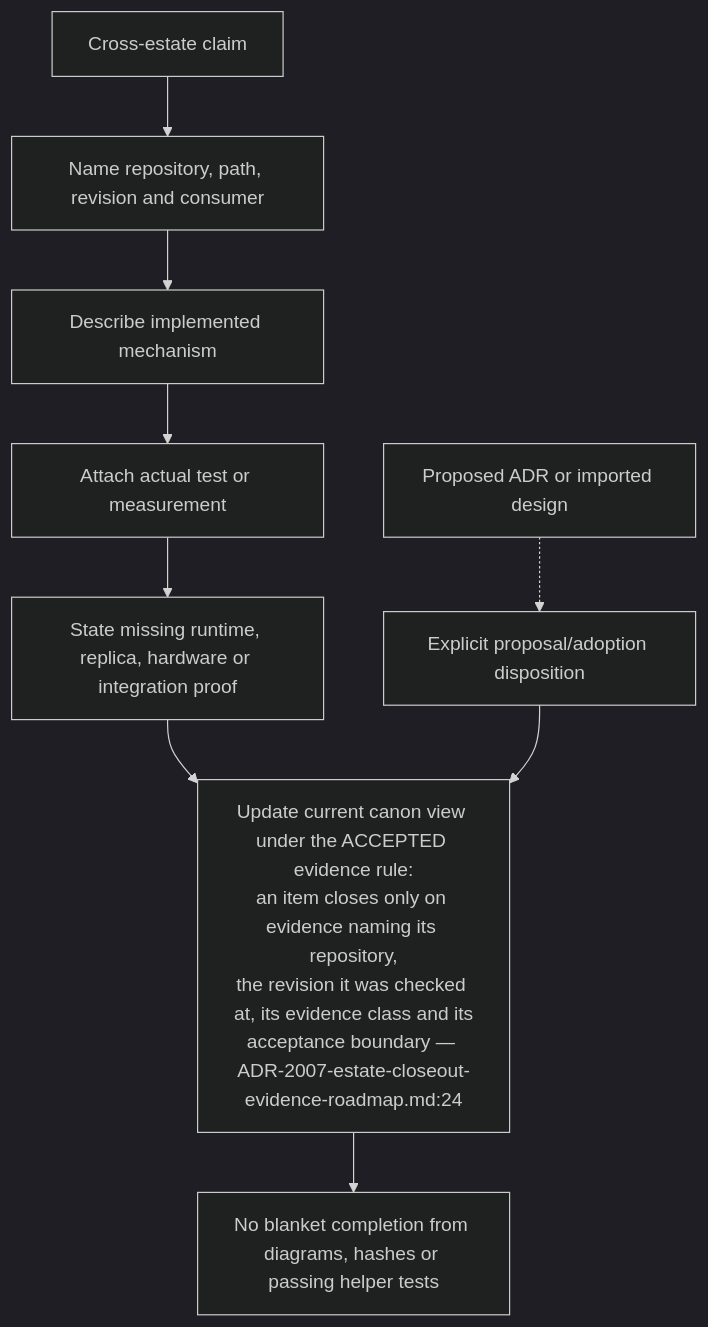
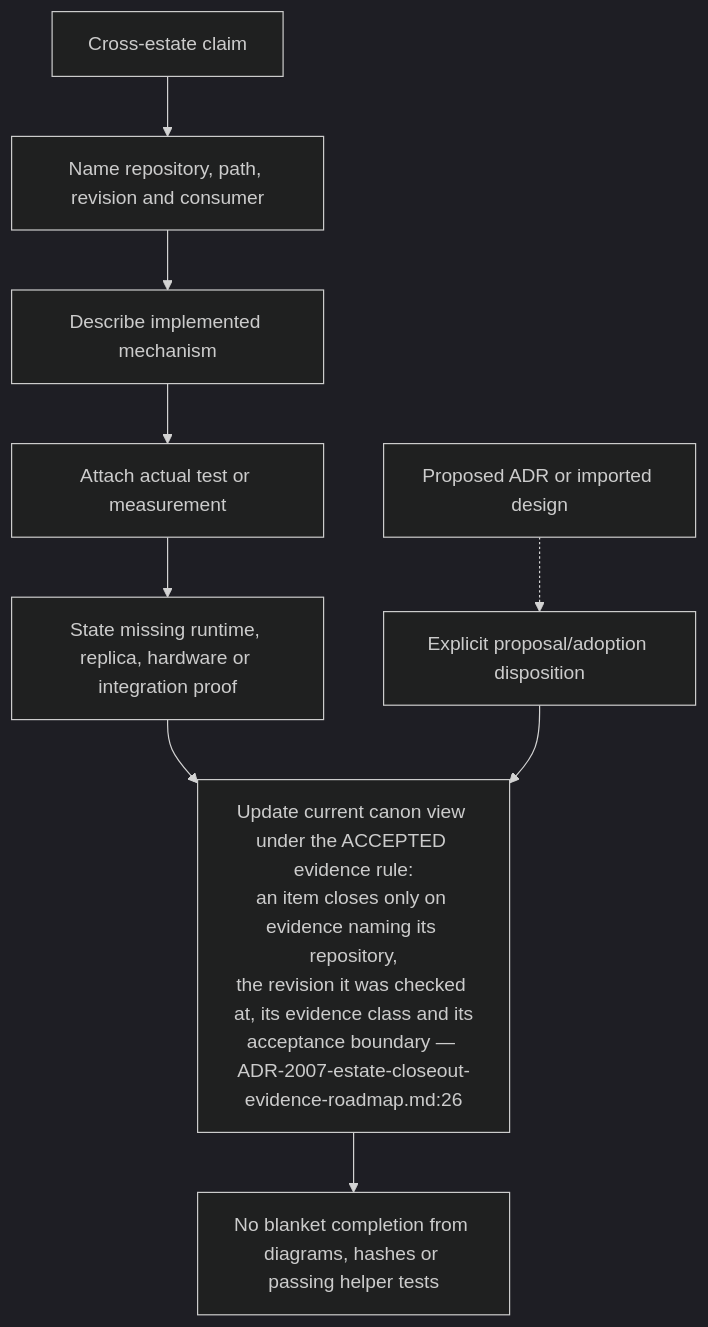
Before and after one commit to DreamLab-AI/VisionFlow: the sixth of 7 diagrams in docs/diagrams/visionflow/08-compatibility-and-dependency-direction.md, drawn with Mermaid (dark theme). The commit also changed other lines of this file and 91 other files, not shown here.

First line of the commit message:
docs(audit): estate audit wave 2, every repository except agentbox and VisionClaw

````diff
--- a/docs/diagrams/visionflow/08-compatibility-and-dependency-direction.md
+++ b/docs/diagrams/visionflow/08-compatibility-and-dependency-direction.md
@@ -140,11 +140,11 @@
 ```mermaid
 flowchart TB
     CLAIM["Cross-estate claim"] --> ID["Name repository, path, revision and consumer"]
     ID --> SOURCE["Describe implemented mechanism"]
     SOURCE --> TEST["Attach actual test or measurement"]
     TEST --> LIMIT["State missing runtime, replica, hardware or integration proof"]
-    LIMIT --> VIEW["Update current canon view under the ACCEPTED evidence rule:<br/>an item closes only on evidence naming its repository,<br/>the revision it was checked at, its evidence class and its<br/>acceptance boundary — ADR-2007-estate-closeout-evidence-roadmap.md:24"]
+    LIMIT --> VIEW["Update current canon view under the ACCEPTED evidence rule:<br/>an item closes only on evidence naming its repository,<br/>the revision it was checked at, its evidence class and its<br/>acceptance boundary — ADR-2007-estate-closeout-evidence-roadmap.md:26"]
     PROPOSAL["Proposed ADR or imported design"] -.-> SCOPE["Explicit proposal/adoption disposition"]
     SCOPE --> VIEW
     VIEW --> BOUNDARY["No blanket completion from diagrams, hashes or passing helper tests"]
 ```
````
